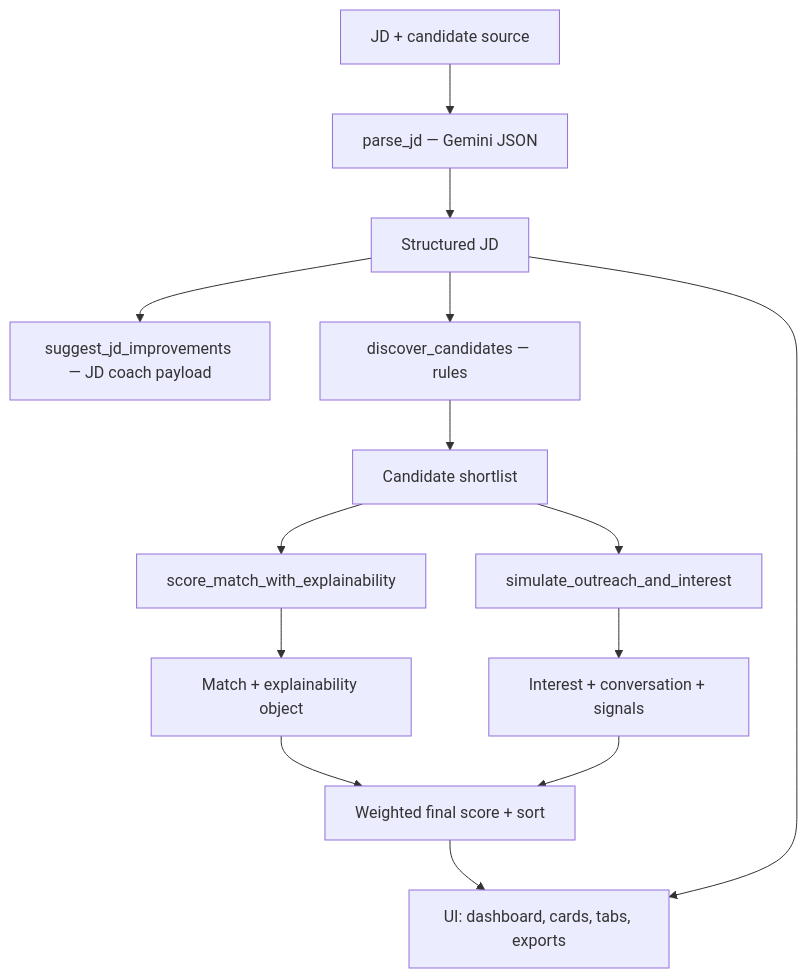
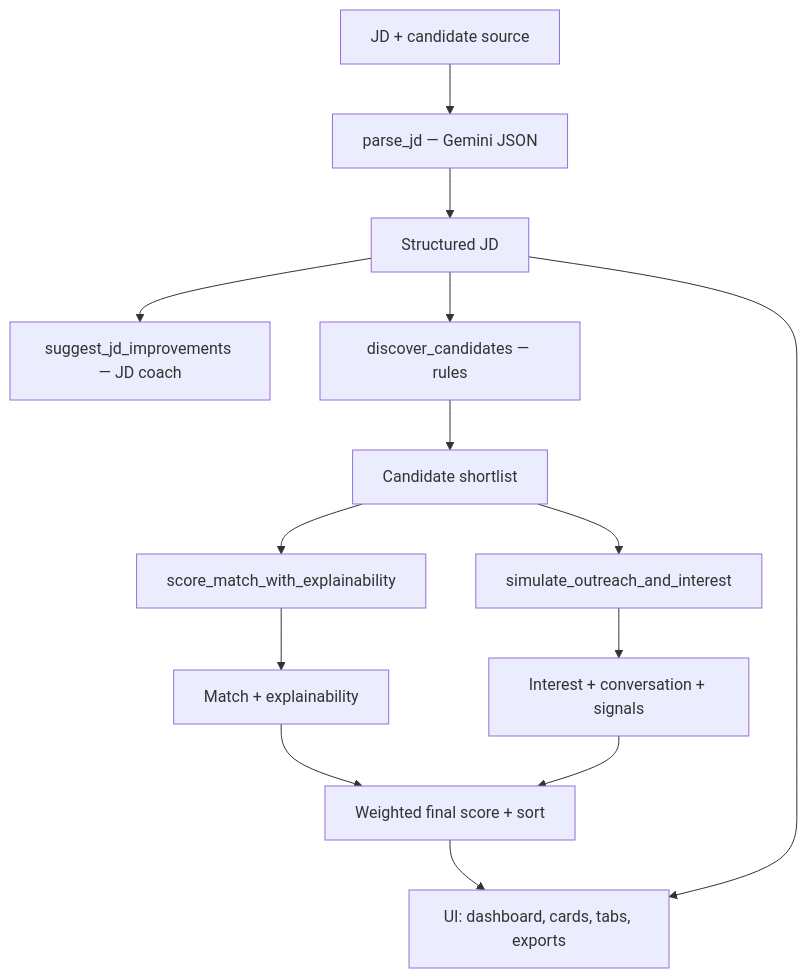
Before and after one commit to nikithchowdaryachanta/ai-talent-scout: the second of 4 diagrams in README.md, drawn with Mermaid. The commit also changed other lines of this file, not shown here.

````diff
--- a/README.md
+++ b/README.md
@@ -73,16 +154,16 @@
 ```mermaid
 flowchart TD
     A[JD + candidate source] --> B[parse_jd — Gemini JSON]
     B --> C[Structured JD]
-    C --> D[suggest_jd_improvements — JD coach payload]
+    C --> D[suggest_jd_improvements — JD coach]
     C --> E[discover_candidates — rules]
     E --> F[Candidate shortlist]
     F --> G[score_match_with_explainability]
     F --> H[simulate_outreach_and_interest]
-    G --> I[Match + explainability object]
+    G --> I[Match + explainability]
     H --> J[Interest + conversation + signals]
     I --> K[Weighted final score + sort]
     J --> K
     K --> L[UI: dashboard, cards, tabs, exports]
     C --> L
 ```
````
